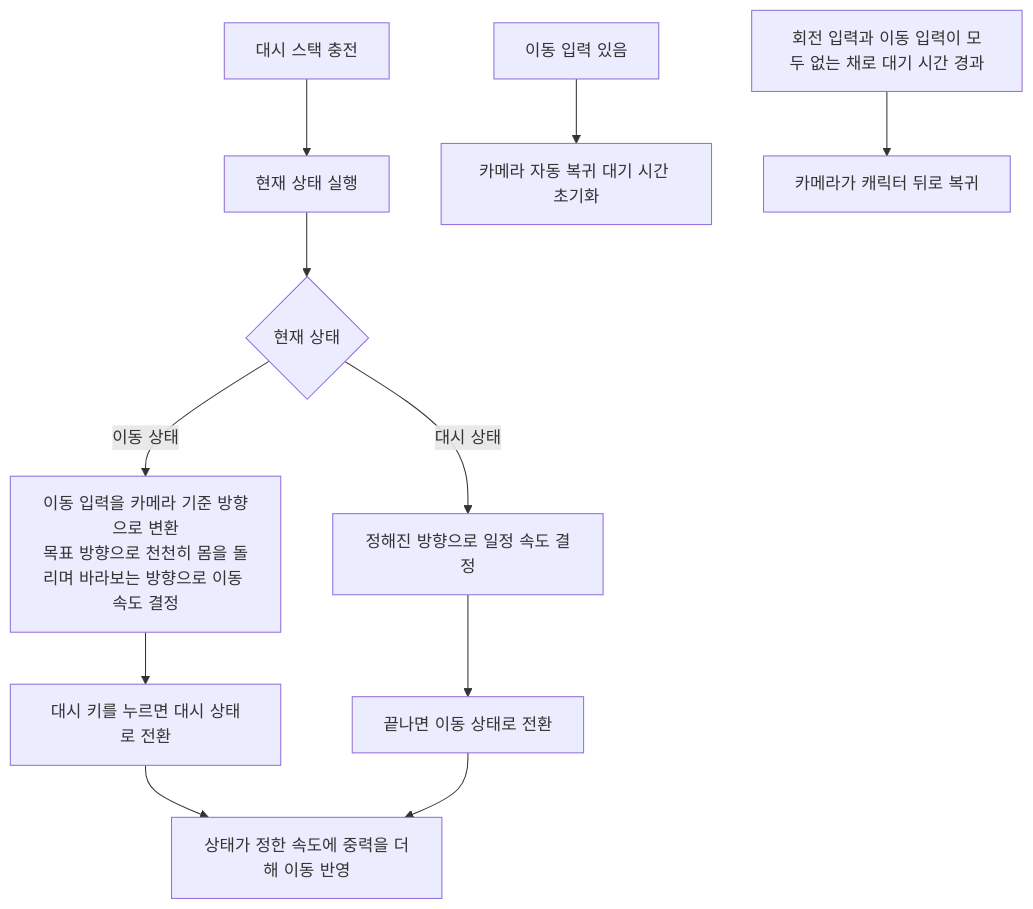
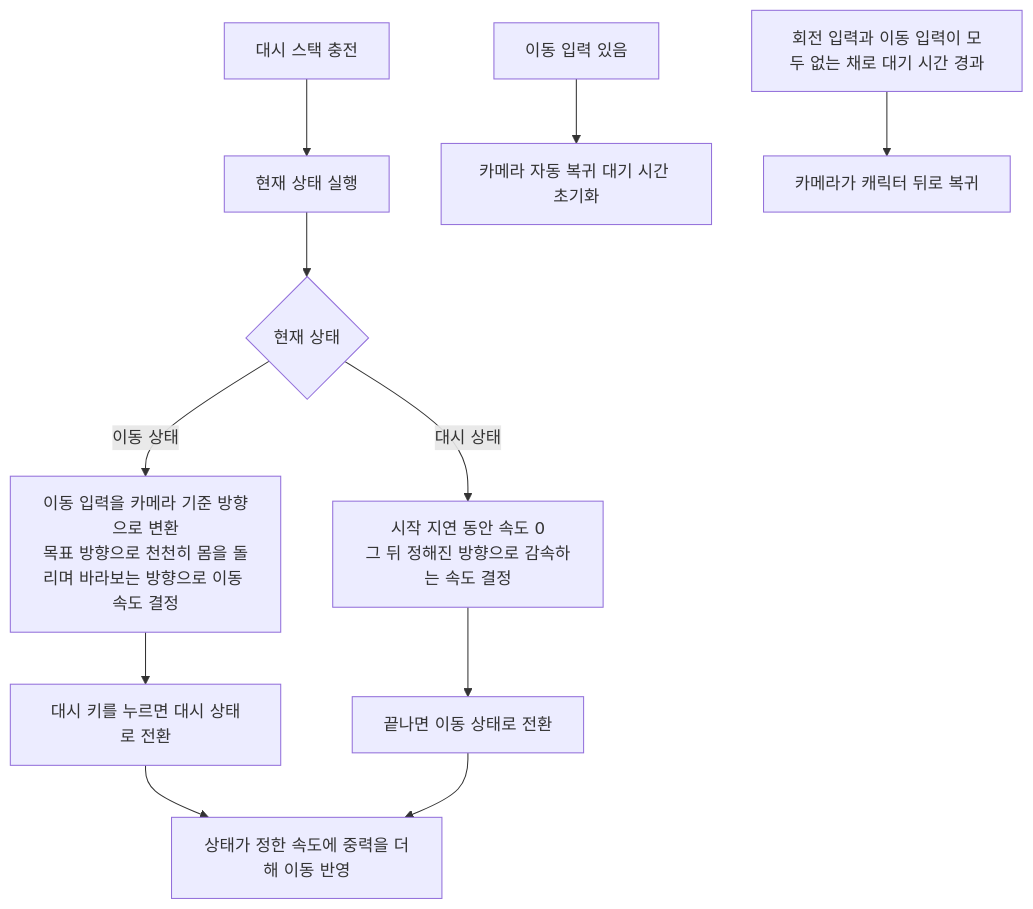
The third of 4 diagrams in Docs/Technical/Player/PlayerMovement.md (SquashPrince/Develrocket_mp15_HHH), drawn with Mermaid before and after one commit. The commit also changed other lines of this file and 3 other files, not shown here.

````diff
--- a/Docs/Technical/Player/PlayerMovement.md
+++ b/Docs/Technical/Player/PlayerMovement.md
@@ -53,14 +70,14 @@
 ```mermaid
 flowchart TD
     A["대시 스택 충전"] --> B["현재 상태 실행"]
     B --> C{"현재 상태"}
     C -->|"이동 상태"| D["이동 입력을 카메라 기준 방향으로 변환<br>목표 방향으로 천천히 몸을 돌리며 바라보는 방향으로 이동 속도 결정"]
-    C -->|"대시 상태"| E["정해진 방향으로 일정 속도 결정"]
+    C -->|"대시 상태"| E["시작 지연 동안 속도 0<br>그 뒤 정해진 방향으로 감속하는 속도 결정"]
     D --> F["대시 키를 누르면 대시 상태로 전환"]
     E --> G["끝나면 이동 상태로 전환"]
     F --> H["상태가 정한 속도에 중력을 더해 이동 반영"]
     G --> H
 
     M["이동 입력 있음"] --> N["카메라 자동 복귀 대기 시간 초기화"]
     O["회전 입력과 이동 입력이 모두 없는 채로 대기 시간 경과"] --> P["카메라가 캐릭터 뒤로 복귀"]
 ```
````
